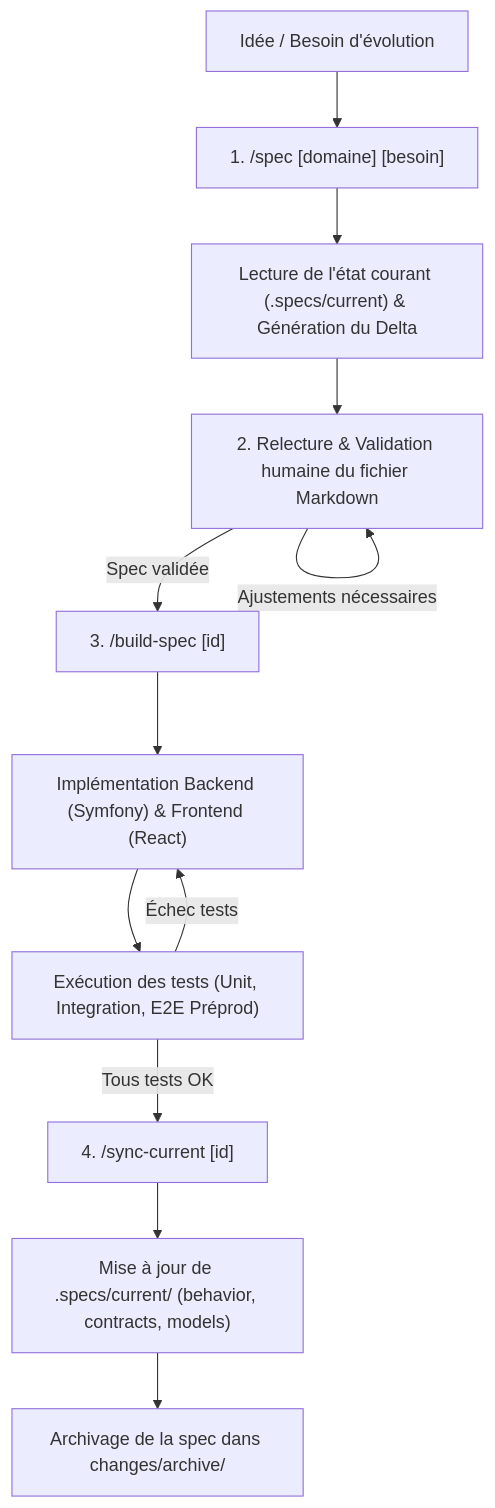
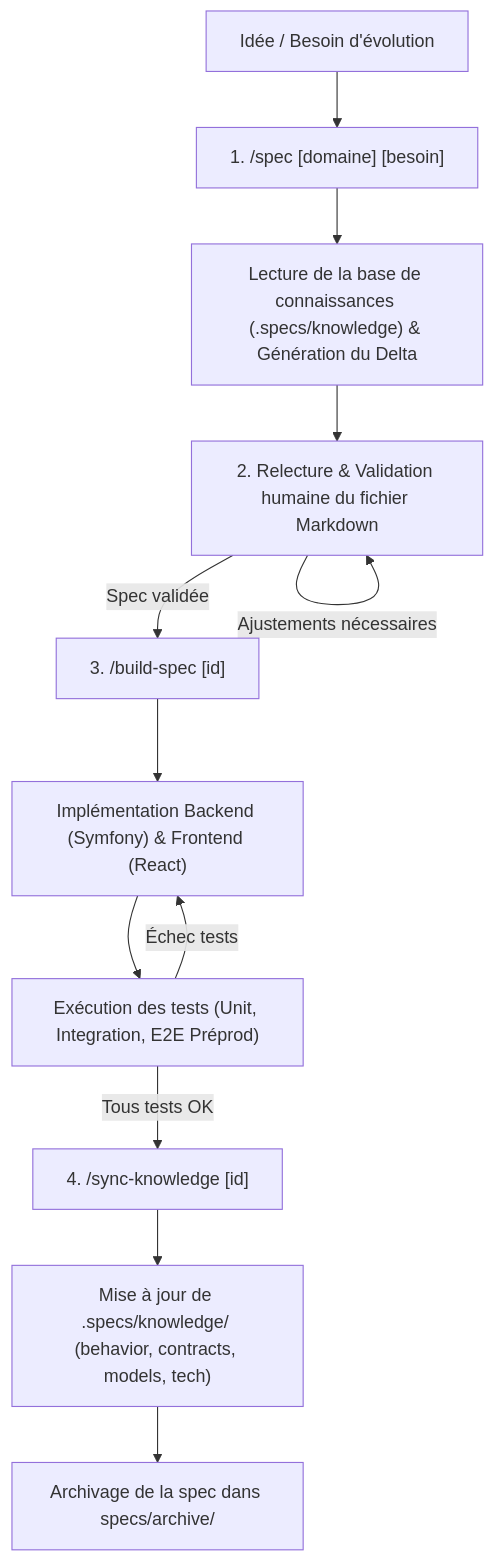
Before and after one commit to ngdo-pro/nanko: the first of 2 diagrams in specs.md, drawn with Mermaid. The commit also changed other lines of this file and 117 other files, not shown here.

First line of the commit message:
feat(plugin): introduce universal spec-framework plugin and harmonize living knowledge base (#86)

````diff
--- a/specs.md
+++ b/specs.md
@@ -80,14 +80,14 @@
     ```mermaid
     flowchart TD
         A[Idée / Besoin d'évolution] --> B["1. /spec [domaine] [besoin]"]
-        B --> C["Lecture de l'état courant (.specs/current) & Génération du Delta"]
+        B --> C["Lecture de la base de connaissances (.specs/knowledge) & Génération du Delta"]
         C --> D["2. Relecture & Validation humaine du fichier Markdown"]
         D -->|Ajustements nécessaires| D
         D -->|Spec validée| E["3. /build-spec [id]"]
         E --> F["Implémentation Backend (Symfony) & Frontend (React)"]
         F --> G["Exécution des tests (Unit, Integration, E2E Préprod)"]
         G -->|Échec tests| F
-        G -->|Tous tests OK| H["4. /sync-current [id]"]
-        H --> I["Mise à jour de .specs/current/ (behavior, contracts, models)"]
-        I --> J["Archivage de la spec dans changes/archive/"]
+        G -->|Tous tests OK| H["4. /sync-knowledge [id]"]
+        H --> I["Mise à jour de .specs/knowledge/ (behavior, contracts, models, tech)"]
+        I --> J["Archivage de la spec dans specs/archive/"]
     ```
````
